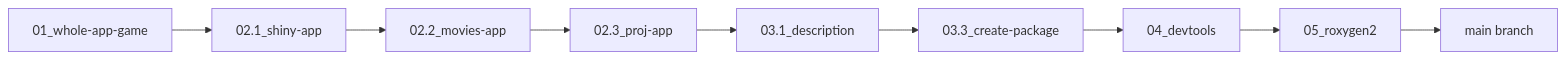
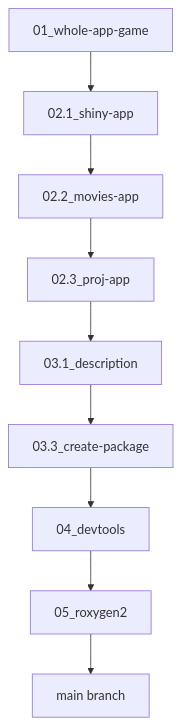
The third of 3 diagrams in btw.md (mjfrigaard/sap), drawn with Mermaid before and after one commit.

Commit message:
updates to btw.md

````diff
--- a/btw.md
+++ b/btw.md
@@ -175,11 +175,11 @@
 ```mermaid
-graph LR
+graph TD
     App01[01_whole-app-game] --> App02[02.1_shiny-app]
     App02 --> Movies[02.2_movies-app] 
     Movies --> Proj[02.3_proj-app]
     Proj --> Desc[03.1_description]
     Desc --> Pkg[03.3_create-package]
     Pkg --> Dev[04_devtools]
     Dev --> Rox[05_roxygen2]
     Rox --> Main[main branch]
 ```
````
